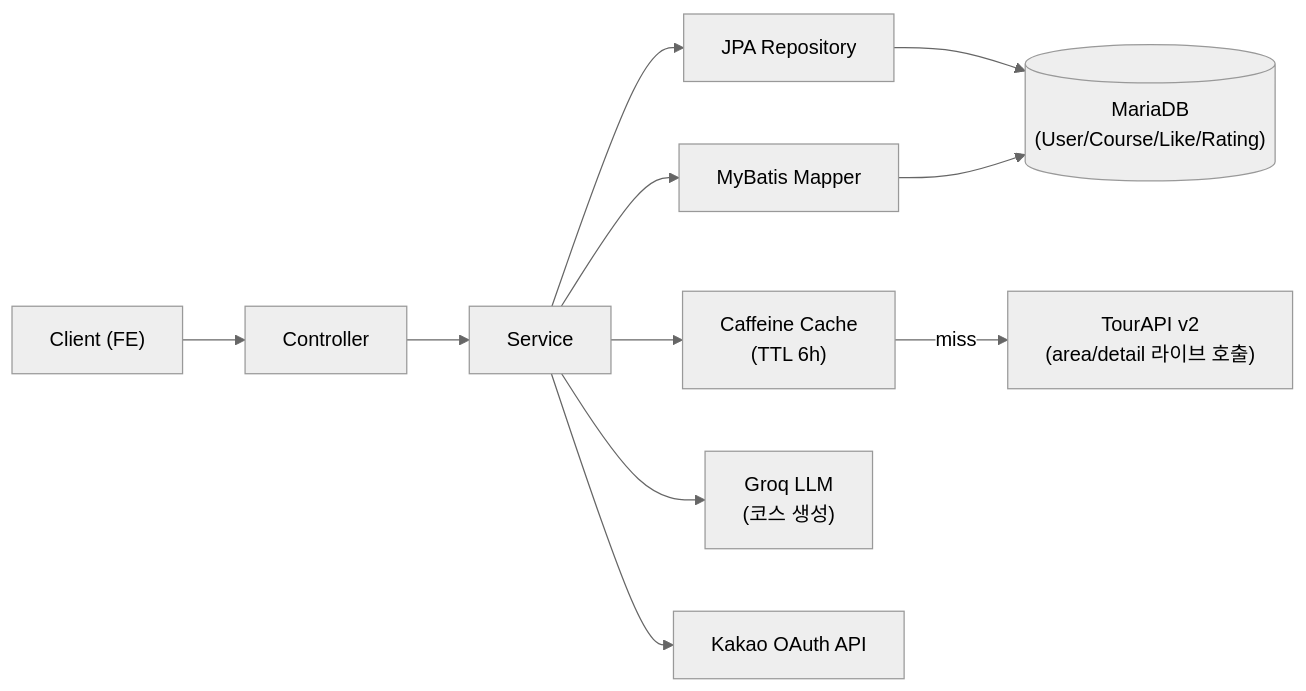
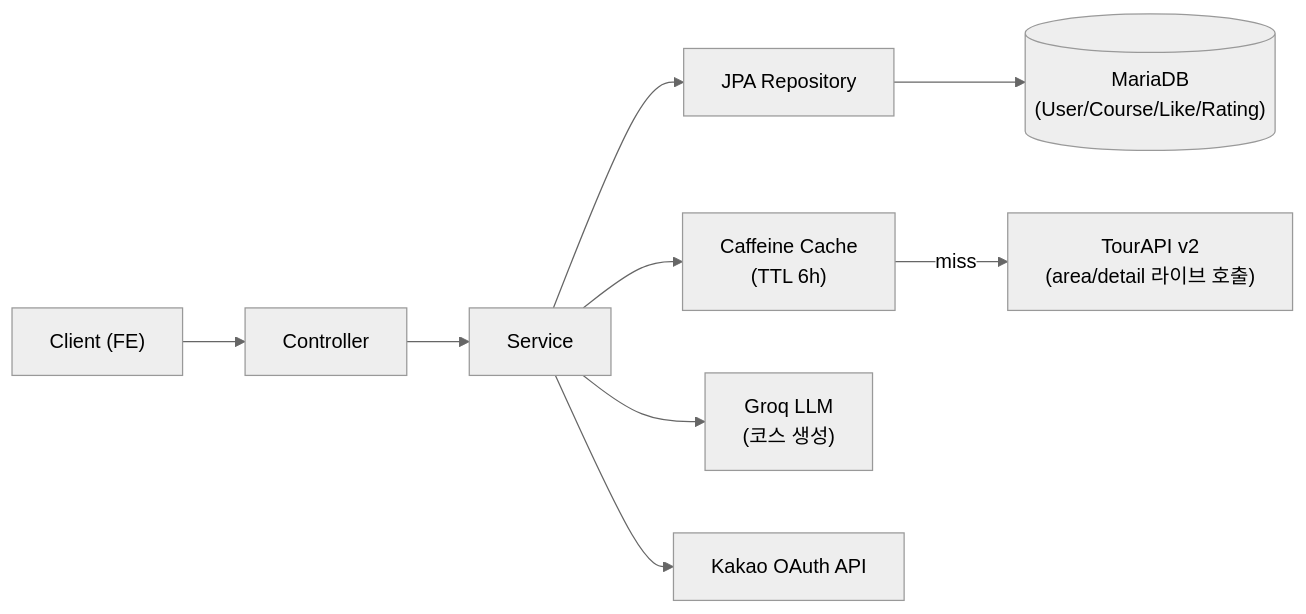
The first of 3 diagrams in README.md (UsoD98/coco_backend), drawn with Mermaid (neutral theme) before and after one commit. The commit also changed other lines of this file, not shown here.

````diff
--- a/README.md
+++ b/README.md
@@ -37,13 +38,11 @@
 ```mermaid
 flowchart LR
     Client["Client (FE)"] --> API["Controller"]
     API --> SVC["Service"]
     SVC --> JPA["JPA Repository"]
-    SVC --> MyBatis["MyBatis Mapper"]
     JPA --> DB[("MariaDB\n(User/Course/Like/Rating)")]
-    MyBatis --> DB
     SVC --> Cache["Caffeine Cache\n(TTL 6h)"]
     Cache -->|miss| TourAPI["TourAPI v2\n(area/detail 라이브 호출)"]
     SVC --> Groq["Groq LLM\n(코스 생성)"]
     SVC --> Kakao["Kakao OAuth API"]
 ```
````
